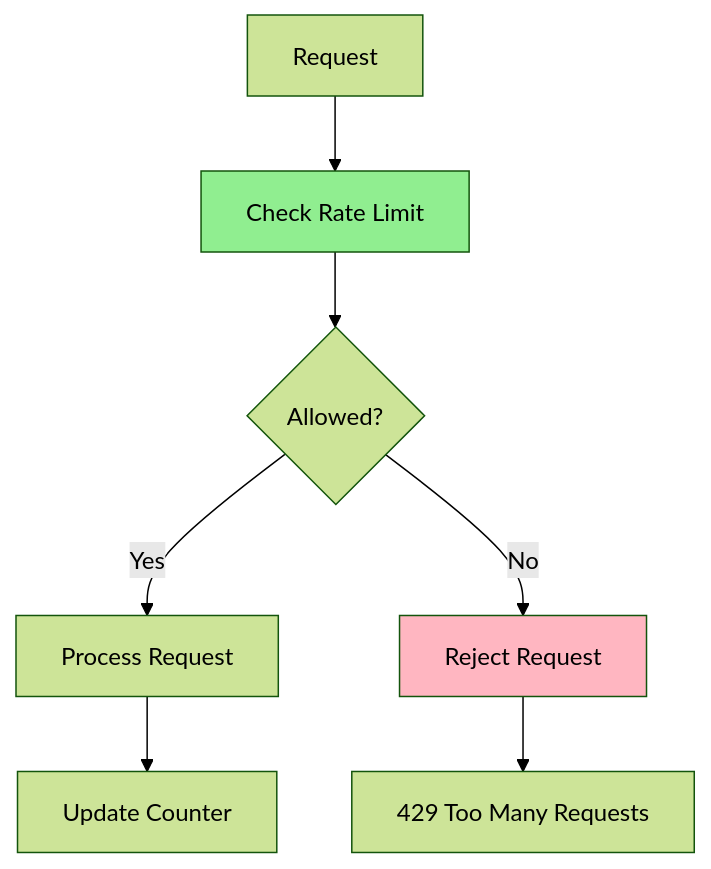
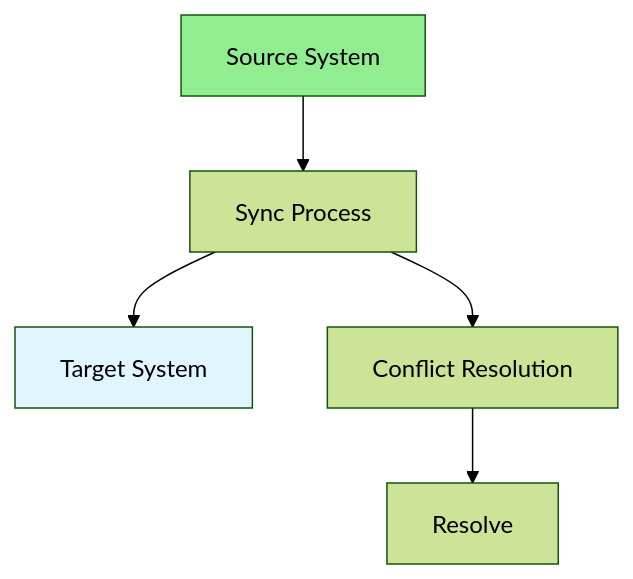
The diagram in Full-Stack-Guides/Group-09-Complex-Functions/09.14_Data_Synchronization.md (iouthnamain/tech-note), drawn with Mermaid (forest theme) before and after one commit. The commit also changed other lines of this file and 480 other files, not shown here.

````diff
--- a/Full-Stack-Guides/Group-09-Complex-Functions/09.14_Data_Synchronization.md
+++ b/Full-Stack-Guides/Group-09-Complex-Functions/09.14_Data_Synchronization.md
@@ -23,12 +22,10 @@
 ```mermaid
-flowchart TD
-    Request[Request] --> Check[Check Rate Limit]
-    Check --> Allowed{Allowed?}
-    Allowed -->|Yes| Process[Process Request]
-    Allowed -->|No| Reject[Reject Request]
-    Process --> Update[Update Counter]
-    Reject --> Response[429 Too Many Requests]
+graph TD
+    Source[Source System] --> Sync[Sync Process]
+    Sync --> Target[Target System]
+    Sync --> Conflict[Conflict Resolution]
+    Conflict --> Resolve[Resolve]
     
-    style Check fill:#90EE90
-    style Reject fill:#FFB6C1
+    style Source fill:#90EE90
+    style Target fill:#e1f5ff
 ```
````
